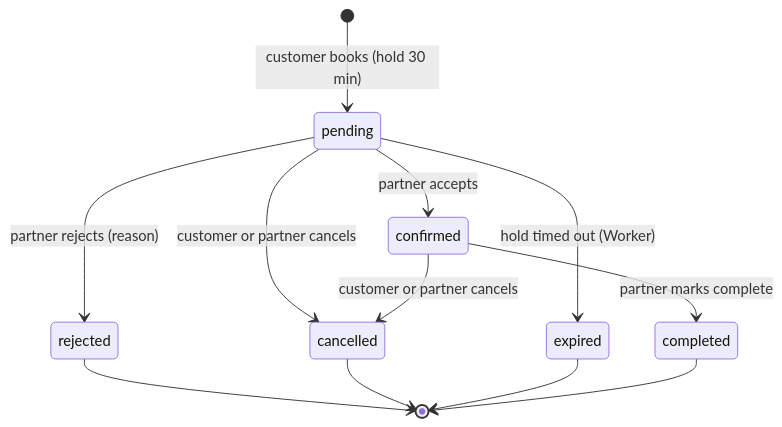
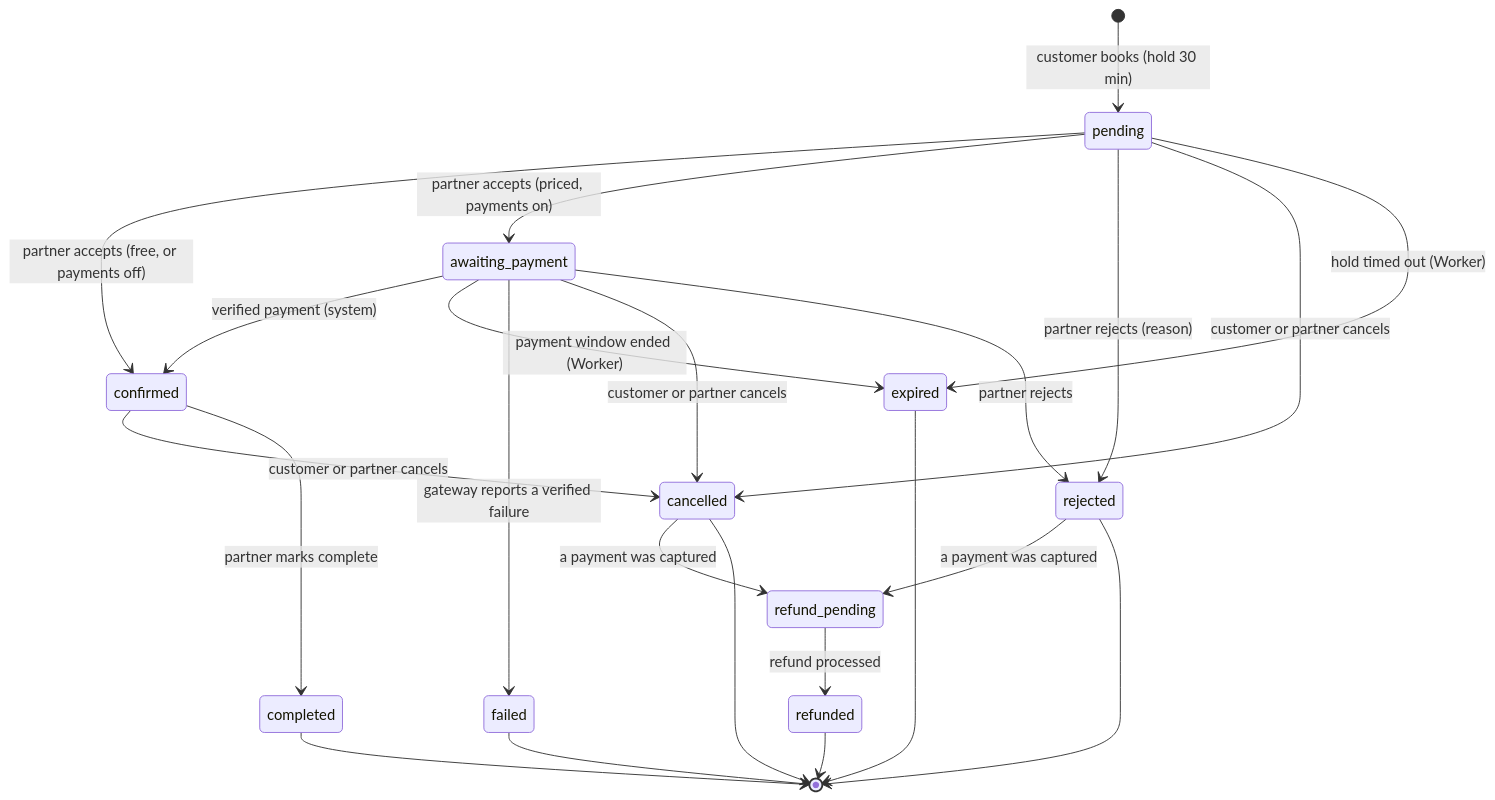
The ninth of 14 diagrams in docs/workflows.md (Ranjith1926/OnePondy), drawn with Mermaid before and after one commit. The commit also changed other lines of this file and 6 other files, not shown here.

First line of the commit message:
Phase 7.10: bring the architecture, database and workflow docs up to date

````diff
--- a/docs/workflows.md
+++ b/docs/workflows.md
@@ -429,14 +434,25 @@
 ```mermaid
 stateDiagram-v2
     [*] --> pending: customer books (hold 30 min)
-    pending --> confirmed: partner accepts
+    pending --> confirmed: partner accepts (free, or payments off)
+    pending --> awaiting_payment: partner accepts (priced, payments on)
+    awaiting_payment --> confirmed: verified payment (system)
+    awaiting_payment --> expired: payment window ended (Worker)
+    awaiting_payment --> failed: gateway reports a verified failure
+    awaiting_payment --> cancelled: customer or partner cancels
+    awaiting_payment --> rejected: partner rejects
     pending --> rejected: partner rejects (reason)
     pending --> cancelled: customer or partner cancels
     pending --> expired: hold timed out (Worker)
     confirmed --> cancelled: customer or partner cancels
     confirmed --> completed: partner marks complete
+    cancelled --> refund_pending: a payment was captured
+    rejected --> refund_pending: a payment was captured
+    refund_pending --> refunded: refund processed
     rejected --> [*]
     cancelled --> [*]
     expired --> [*]
     completed --> [*]
+    refunded --> [*]
+    failed --> [*]
 ```
````
